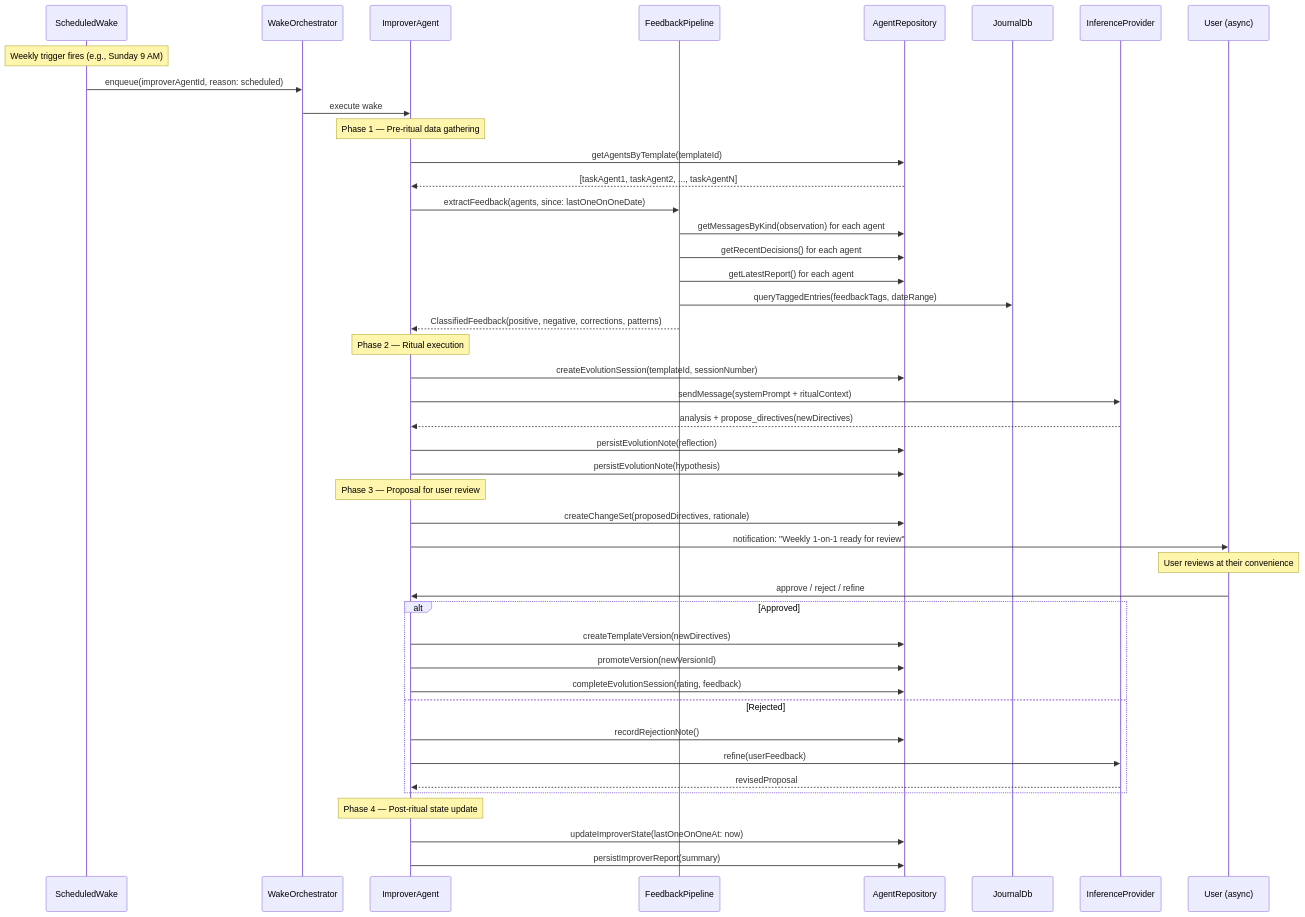
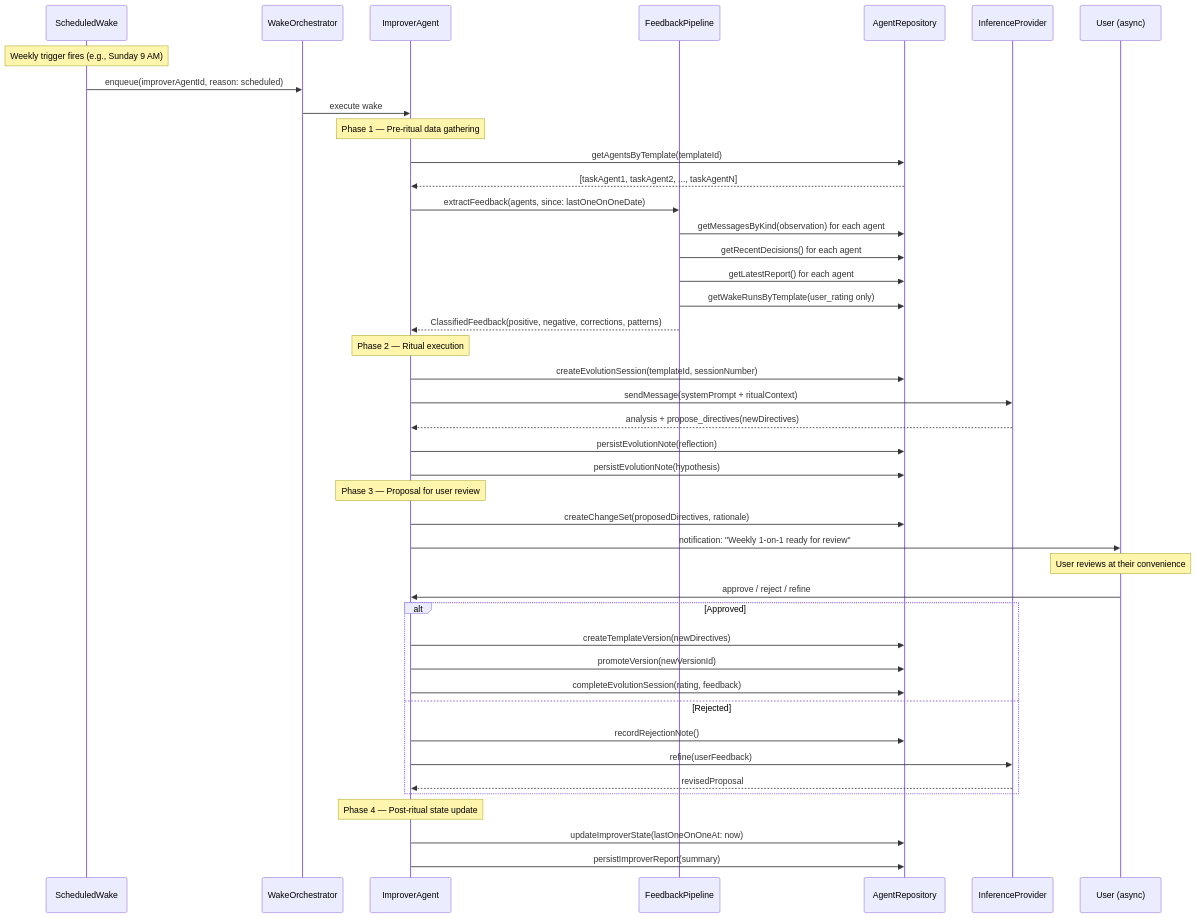
Before and after one commit to matthiasn/lotti: the fourth of 16 diagrams in docs/implementation_plans/2026-03-01_weekly_one_on_one_self_learning_cycle.md, drawn with Mermaid. The commit also changed other lines of this file and 2 other files, not shown here.

````diff
--- a/docs/implementation_plans/2026-03-01_weekly_one_on_one_self_learning_cycle.md
+++ b/docs/implementation_plans/2026-03-01_weekly_one_on_one_self_learning_cycle.md
@@ -203,53 +195,52 @@
 ```mermaid
 sequenceDiagram
     participant Cron as ScheduledWake
     participant WO as WakeOrchestrator
     participant IA as ImproverAgent
     participant FP as FeedbackPipeline
     participant DB as AgentRepository
-    participant JDB as JournalDb
     participant LLM as InferenceProvider
     participant User as User (async)
 
     Note over Cron: Weekly trigger fires (e.g., Sunday 9 AM)
     Cron->>WO: enqueue(improverAgentId, reason: scheduled)
     WO->>IA: execute wake
 
     Note over IA: Phase 1 — Pre-ritual data gathering
     IA->>DB: getAgentsByTemplate(templateId)
     DB-->>IA: [taskAgent1, taskAgent2, ..., taskAgentN]
 
     IA->>FP: extractFeedback(agents, since: lastOneOnOneDate)
     FP->>DB: getMessagesByKind(observation) for each agent
     FP->>DB: getRecentDecisions() for each agent
     FP->>DB: getLatestReport() for each agent
-    FP->>JDB: queryTaggedEntries(feedbackTags, dateRange)
+    FP->>DB: getWakeRunsByTemplate(user_rating only)
     FP-->>IA: ClassifiedFeedback(positive, negative, corrections, patterns)
 
     Note over IA: Phase 2 — Ritual execution
     IA->>DB: createEvolutionSession(templateId, sessionNumber)
     IA->>LLM: sendMessage(systemPrompt + ritualContext)
     LLM-->>IA: analysis + propose_directives(newDirectives)
     IA->>DB: persistEvolutionNote(reflection)
     IA->>DB: persistEvolutionNote(hypothesis)
 
     Note over IA: Phase 3 — Proposal for user review
     IA->>DB: createChangeSet(proposedDirectives, rationale)
     IA->>User: notification: "Weekly 1-on-1 ready for review"
 
     Note over User: User reviews at their convenience
     User->>IA: approve / reject / refine
     alt Approved
         IA->>DB: createTemplateVersion(newDirectives)
         IA->>DB: promoteVersion(newVersionId)
         IA->>DB: completeEvolutionSession(rating, feedback)
     else Rejected
         IA->>DB: recordRejectionNote()
         IA->>LLM: refine(userFeedback)
         LLM-->>IA: revisedProposal
     end
 
     Note over IA: Phase 4 — Post-ritual state update
     IA->>DB: updateImproverState(lastOneOnOneAt: now)
     IA->>DB: persistImproverReport(summary)
 ```
````
